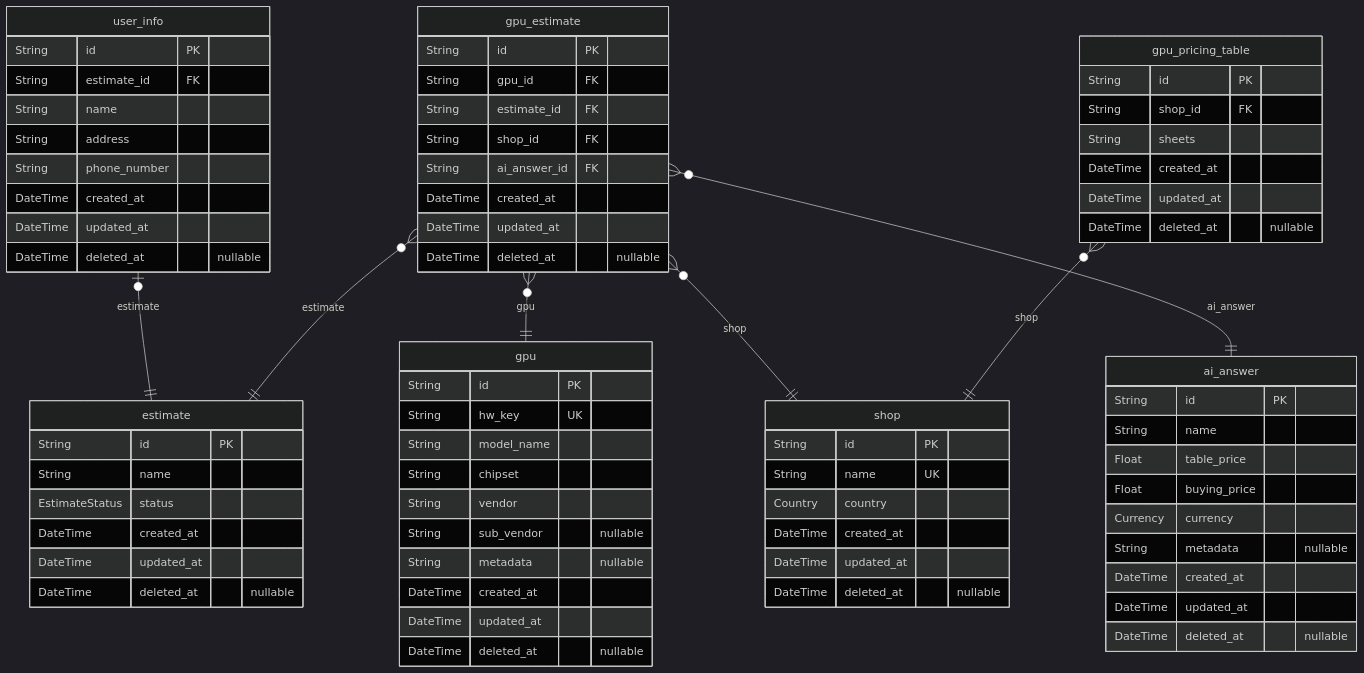
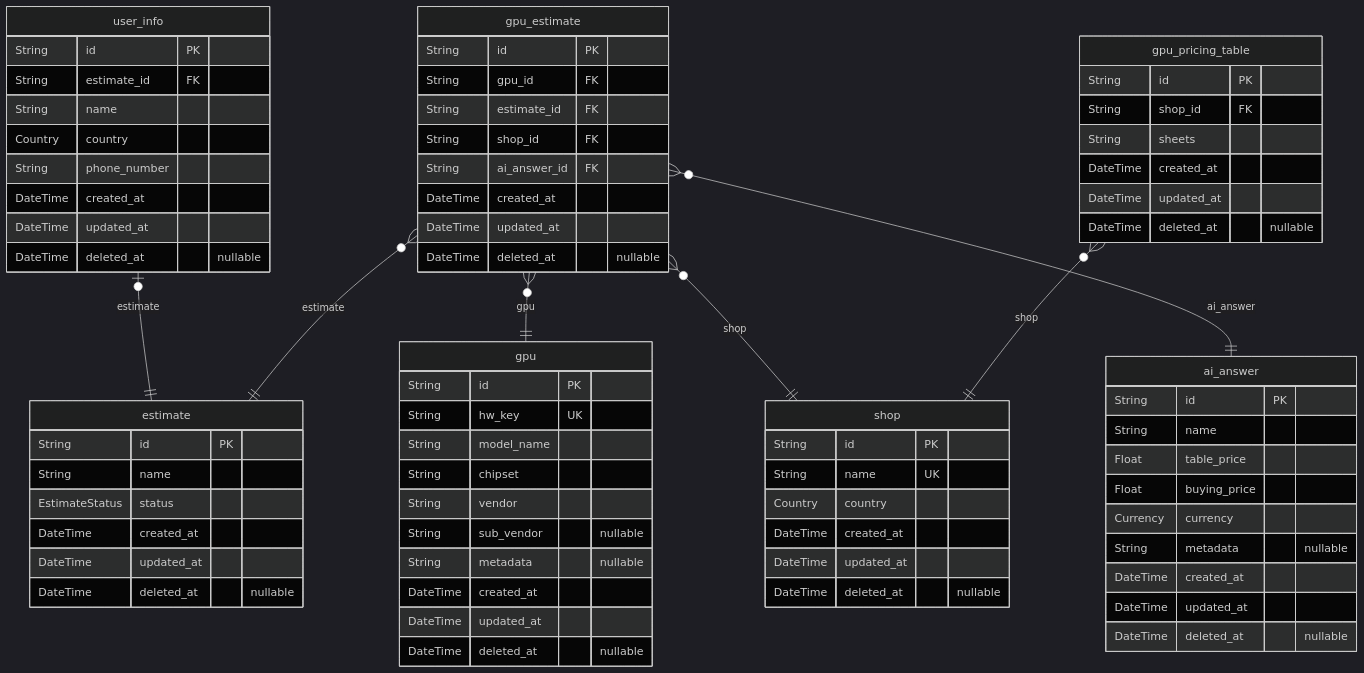
One commit to KGESH/hardware_spec_backend changed the third of 6 diagrams in prisma/ERD.md. Above: the diagram before and after it, drawn with Mermaid (dark theme). The commit also changed other lines of this file and 6 other files, not shown here.

````diff
--- a/prisma/ERD.md
+++ b/prisma/ERD.md
@@ -618,76 +641,76 @@
 ```mermaid
 erDiagram
 "estimate" {
     String id PK
     String name
     EstimateStatus status
     DateTime created_at
     DateTime updated_at
     DateTime deleted_at "nullable"
 }
 "user_info" {
     String id PK
     String estimate_id FK
     String name
-    String address
+    Country country
     String phone_number
     DateTime created_at
     DateTime updated_at
     DateTime deleted_at "nullable"
 }
 "shop" {
     String id PK
     String name UK
     Country country
     DateTime created_at
     DateTime updated_at
     DateTime deleted_at "nullable"
 }
 "ai_answer" {
     String id PK
     String name
     Float table_price
     Float buying_price
     Currency currency
     String metadata "nullable"
     DateTime created_at
     DateTime updated_at
     DateTime deleted_at "nullable"
 }
 "gpu" {
     String id PK
     String hw_key UK
     String model_name
     String chipset
     String vendor
     String sub_vendor "nullable"
     String metadata "nullable"
     DateTime created_at
     DateTime updated_at
     DateTime deleted_at "nullable"
 }
 "gpu_estimate" {
     String id PK
     String gpu_id FK
     String estimate_id FK
     String shop_id FK
     String ai_answer_id FK
     DateTime created_at
     DateTime updated_at
     DateTime deleted_at "nullable"
 }
 "gpu_pricing_table" {
     String id PK
     String shop_id FK
     String sheets
     DateTime created_at
     DateTime updated_at
     DateTime deleted_at "nullable"
 }
 "user_info" |o--|| "estimate" : estimate
 "gpu_estimate" }o--|| "gpu" : gpu
 "gpu_estimate" }o--|| "estimate" : estimate
 "gpu_estimate" }o--|| "shop" : shop
 "gpu_estimate" }o--|| "ai_answer" : ai_answer
 "gpu_pricing_table" }o--|| "shop" : shop
 ```
````
